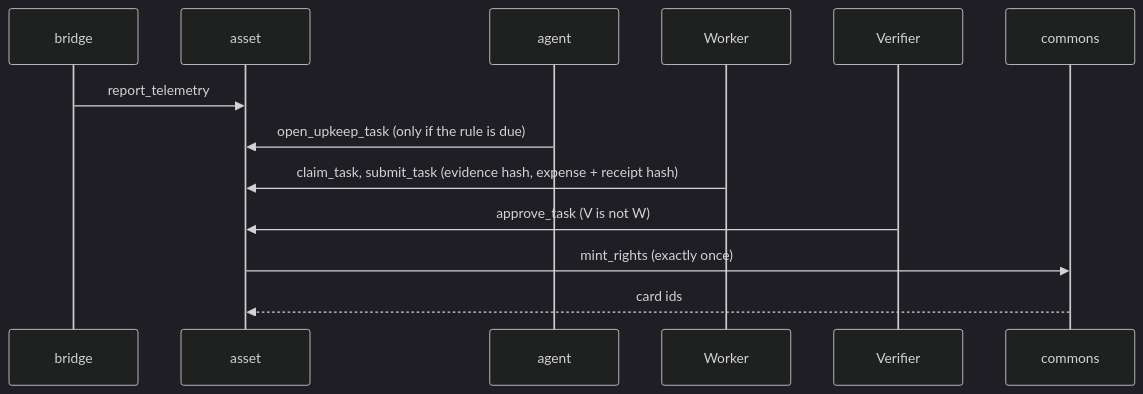
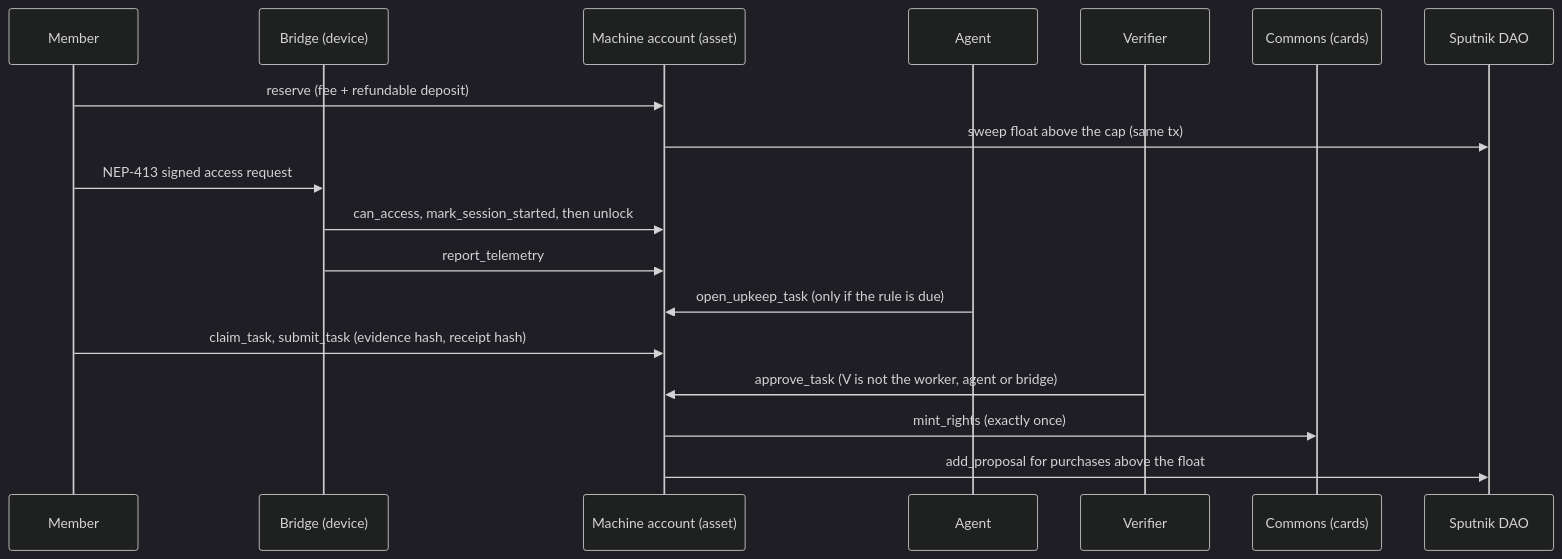
One commit to anilkaracay/commonkit changed the diagram in README.md. Above: the diagram before and after it, drawn with Mermaid (dark theme). The commit also changed other lines of this file, not shown here.

Commit message:
docs(readme): story-first README: problem, why NEAR, try it, loop, testnet proof, real-world commons, community governance, cards, limits, track fit

````diff
--- a/README.md
+++ b/README.md
@@ -115,15 +43,20 @@
 ```mermaid
 sequenceDiagram
-    participant B as bridge
-    participant A as asset
-    participant G as agent
-    participant W as Worker
+    participant M as Member
+    participant B as Bridge (device)
+    participant A as Machine account (asset)
+    participant G as Agent
     participant V as Verifier
-    participant C as commons
+    participant C as Commons (cards)
+    participant D as Sputnik DAO
+    M->>A: reserve (fee + refundable deposit)
+    A->>D: sweep float above the cap (same tx)
+    M->>B: NEP-413 signed access request
+    B->>A: can_access, mark_session_started, then unlock
     B->>A: report_telemetry
     G->>A: open_upkeep_task (only if the rule is due)
-    W->>A: claim_task, submit_task (evidence hash, expense + receipt hash)
-    V->>A: approve_task (V is not W)
+    M->>A: claim_task, submit_task (evidence hash, receipt hash)
+    V->>A: approve_task (V is not the worker, agent or bridge)
     A->>C: mint_rights (exactly once)
-    C-->>A: card ids
+    A->>D: add_proposal for purchases above the float
 ```
````
